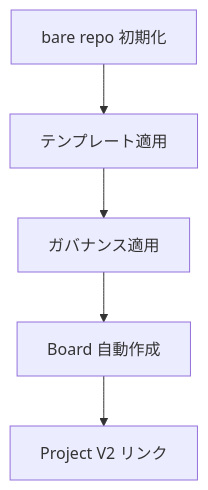
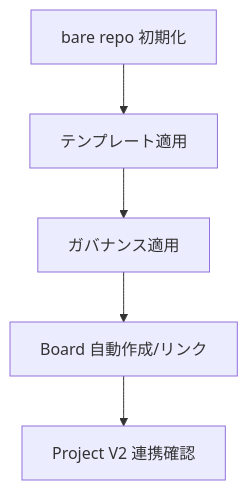
One commit to shuu5/twill changed the first of 3 diagrams in plugins/dev/architecture/domain/contexts/project-mgmt.md. Above: the diagram before and after it, drawn with Mermaid. The commit also changed other lines of this file and 109 other files, not shown here.

First line of the commit message:
refactor(architecture): 全面リフレッシュ - living document化

````diff
--- a/plugins/dev/architecture/domain/contexts/project-mgmt.md
+++ b/plugins/dev/architecture/domain/contexts/project-mgmt.md
@@ -46,7 +47,7 @@
 ```mermaid
 flowchart TD
     A[bare repo 初期化] --> B[テンプレート適用]
     B --> C[ガバナンス適用]
-    C --> D[Board 自動作成]
-    D --> E[Project V2 リンク]
+    C --> D[Board 自動作成/リンク]
+    D --> E[Project V2 連携確認]
 ```
````
